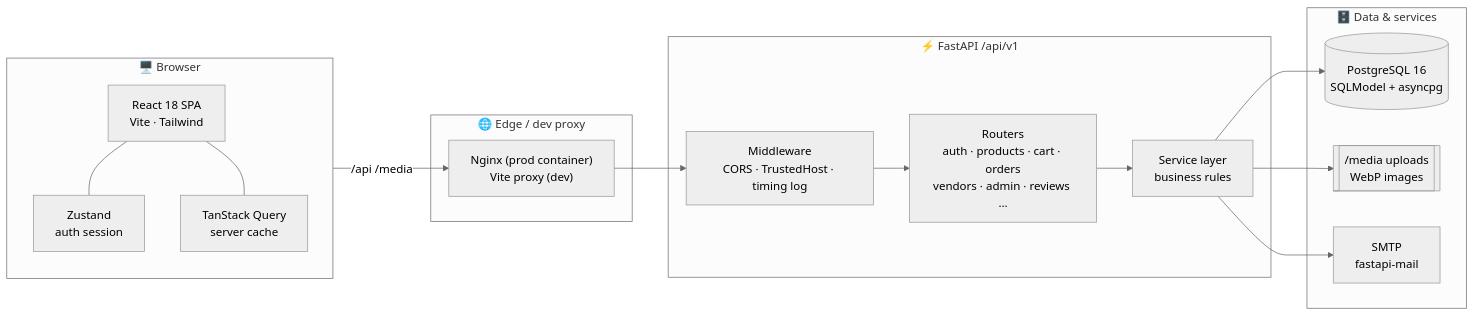
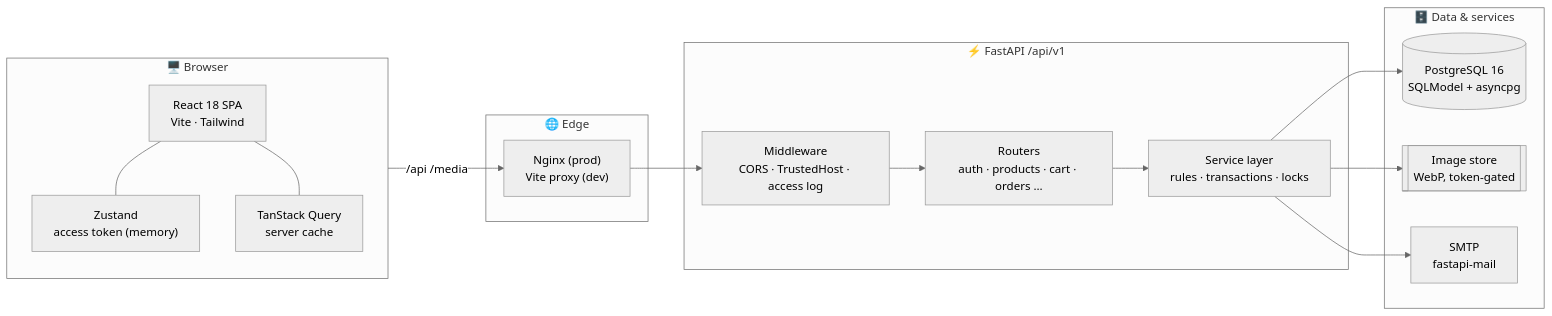
Before and after one commit to SuprabhSharma/Tavilo-eCommerce: the first of 6 diagrams in README.md, drawn with Mermaid (neutral theme). The commit also changed other lines of this file, not shown here.

````diff
--- a/README.md
+++ b/README.md
@@ -116,32 +81,28 @@
 ```mermaid
 flowchart LR
     subgraph Client["🖥️ Browser"]
         UI["React 18 SPA<br/>Vite · Tailwind"]
-        ST["Zustand<br/>auth session"]
+        ST["Zustand<br/>access token (memory)"]
         RQ["TanStack Query<br/>server cache"]
         UI --- ST
         UI --- RQ
     end
-
-    subgraph Edge["🌐 Edge / dev proxy"]
-        NG["Nginx (prod container)<br/>Vite proxy (dev)"]
+    subgraph Edge["🌐 Edge"]
+        NG["Nginx (prod)<br/>Vite proxy (dev)"]
     end
-
-    subgraph API["⚡ FastAPI  /api/v1"]
-        MW["Middleware<br/>CORS · TrustedHost · timing log"]
-        RT["Routers<br/>auth · products · cart · orders<br/>vendors · admin · reviews …"]
-        SV["Service layer<br/>business rules"]
+    subgraph API["⚡ FastAPI /api/v1"]
+        MW["Middleware<br/>CORS · TrustedHost · access log"]
+        RT["Routers<br/>auth · products · cart · orders …"]
+        SV["Service layer<br/>rules · transactions · locks"]
         MW --> RT --> SV
     end
-
     subgraph Data["🗄️ Data & services"]
         PG[("PostgreSQL 16<br/>SQLModel + asyncpg")]
-        FS[["/media uploads<br/>WebP images"]]
+        FS[["Image store<br/>WebP, token-gated"]]
         SM["SMTP<br/>fastapi-mail"]
     end
-
     Client -->|"/api  /media"| NG --> MW
     SV --> PG
     SV --> FS
     SV --> SM
 ```
````
